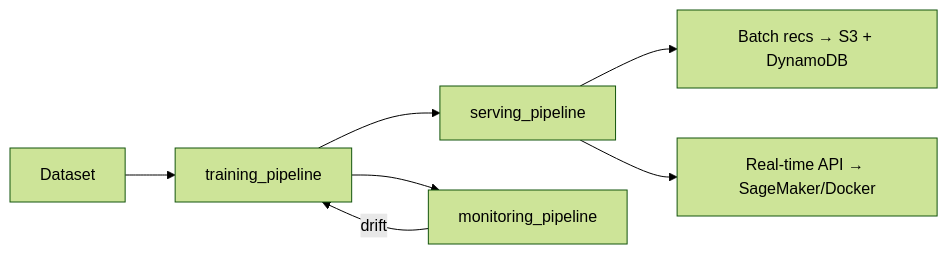
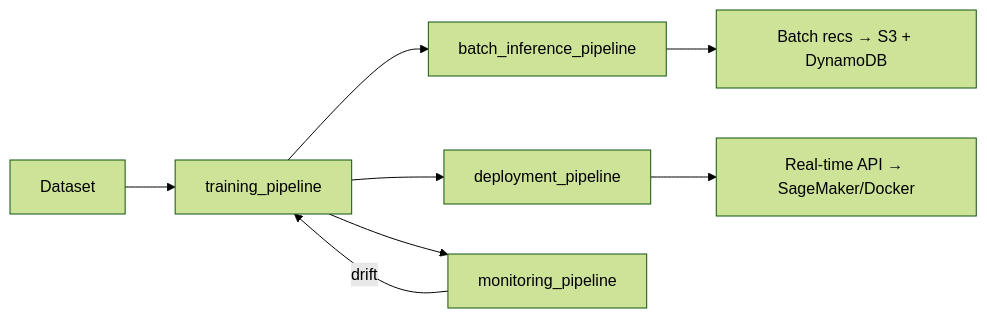
One commit to sagadana/zenml-mlops changed the diagram in README.md. Above: the diagram before and after it, drawn with Mermaid (forest theme). The commit also changed other lines of this file and 23 other files, not shown here.

````diff
--- a/README.md
+++ b/README.md
@@ -7,10 +7,11 @@
 ```mermaid
 graph LR
     D[Dataset] --> TP[training_pipeline]
-    TP --> SP[serving_pipeline]
+    TP --> BI[batch_inference_pipeline]
+    TP --> DP[deployment_pipeline]
     TP --> MP[monitoring_pipeline]
     MP -->|drift| TP
 
-    SP --> B[Batch recs → S3 + DynamoDB]
-    SP --> R[Real-time API → SageMaker/Docker]
+    BI --> B[Batch recs → S3 + DynamoDB]
+    DP --> R[Real-time API → SageMaker/Docker]
 ```
````
